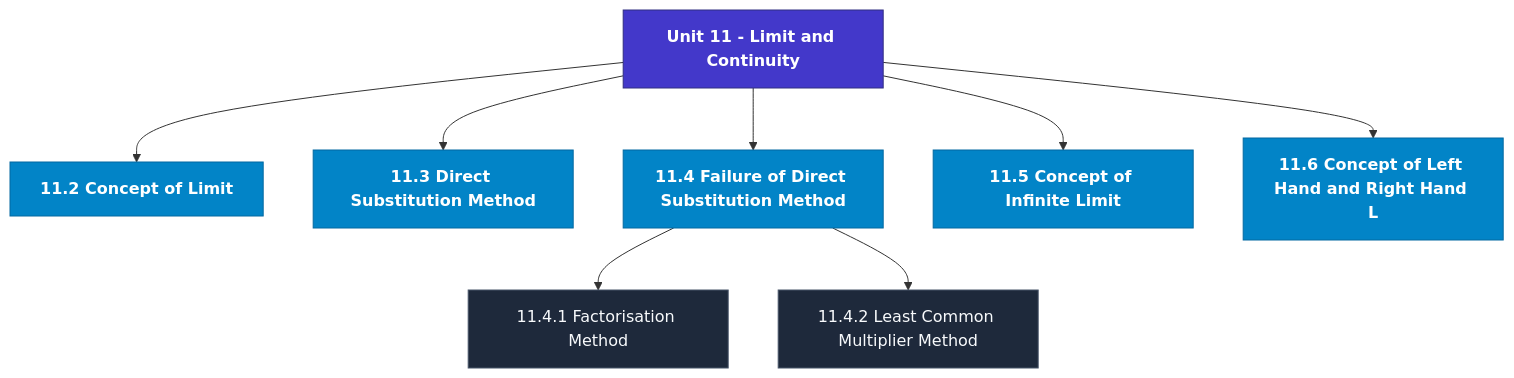
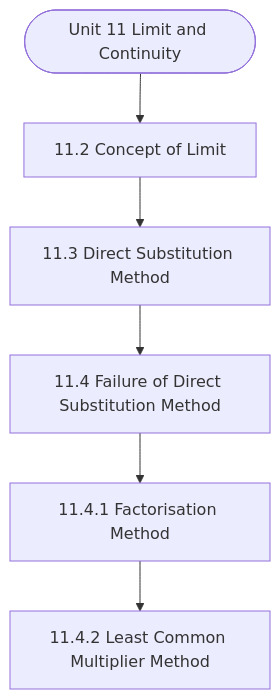
The diagram in notes/Semester_1/MCS-061_Mathematical_Foundations_-_I/unit_11_Limit_and_Continuity.md (Asutosh-Coaching/mscdsa), drawn with Mermaid before and after one commit. The commit also changed other lines of this file and 115 other files, not shown here.

Commit message:
Fix Mermaid layout for mobile, isolate LaTeX delimiters, and add GitHub Pages reader

````diff
--- a/notes/Semester_1/MCS-061_Mathematical_Foundations_-_I/unit_11_Limit_and_Continuity.md
+++ b/notes/Semester_1/MCS-061_Mathematical_Foundations_-_I/unit_11_Limit_and_Continuity.md
@@ -19,23 +19,14 @@
 ```mermaid
 flowchart TD
-  %% Styling Definitions
-  classDef head fill:#4338ca,stroke:#312e81,color:#ffffff,font-weight:bold;
-  classDef topic fill:#0284c7,stroke:#0369a1,color:#ffffff,font-weight:600;
-  classDef sub fill:#1e293b,stroke:#475569,color:#f8fafc;
-
-  Root["Unit 11 - Limit and Continuity"]:::head
-  M1["11.2 Concept of Limit"]:::topic
-  Root --> M1
-  M2["11.3 Direct Substitution Method"]:::topic
-  Root --> M2
-  M3["11.4 Failure of Direct Substitution Method"]:::topic
-  Root --> M3
-  M3_1["11.4.1 Factorisation Method"]:::sub
-  M3 --> M3_1
-  M3_2["11.4.2 Least Common Multiplier Method"]:::sub
-  M3 --> M3_2
-  M4["11.5 Concept of Infinite Limit"]:::topic
-  Root --> M4
-  M5["11.6 Concept of Left Hand and Right Hand L"]:::topic
-  Root --> M5
+  Start(["Unit 11 Limit and Continuity"])
+  N1["11.2 Concept of Limit"]
+  N2["11.3 Direct Substitution Method"]
+  N3["11.4 Failure of Direct Substitution Method"]
+  N4["11.4.1 Factorisation Method"]
+  N5["11.4.2 Least Common Multiplier Method"]
+  Start --> N1
+  N1 --> N2
+  N2 --> N3
+  N3 --> N4
+  N4 --> N5
 ```
````
